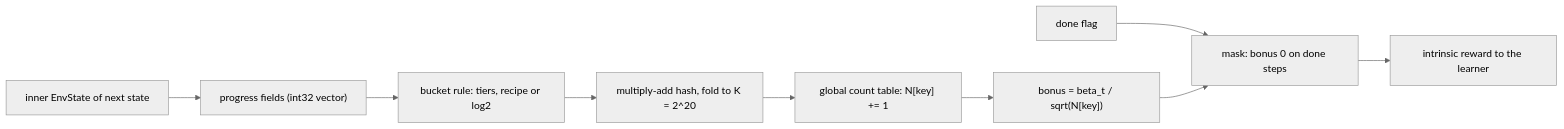
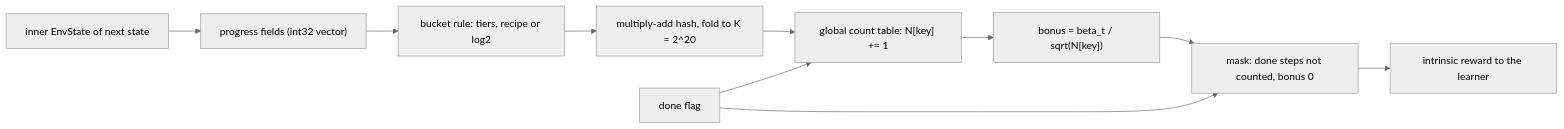
Before and after one commit to Pawlo77/rl-craftmax: the first of 2 diagrams in knowledge/methods/Count-Based Progress Bonus design.md, drawn with Mermaid (neutral theme). The commit also changed other lines of this file and 27 other files, not shown here.

````diff
--- a/knowledge/methods/Count-Based Progress Bonus design.md
+++ b/knowledge/methods/Count-Based Progress Bonus design.md
@@ -38,11 +40,12 @@
 ```mermaid
 flowchart LR
   S["inner EnvState of next state"] --> F["progress fields (int32 vector)"]
   F --> B["bucket rule: tiers, recipe or log2"]
   B --> H["multiply-add hash, fold to K = 2^20"]
   H --> C["global count table: N[key] += 1"]
   C --> R["bonus = beta_t / sqrt(N[key])"]
-  D["done flag"] --> M["mask: bonus 0 on done steps"]
+  D["done flag"] --> M["mask: done steps not counted, bonus 0"]
+  D --> C
   R --> M
   M --> O["intrinsic reward to the learner"]
 ```
````
